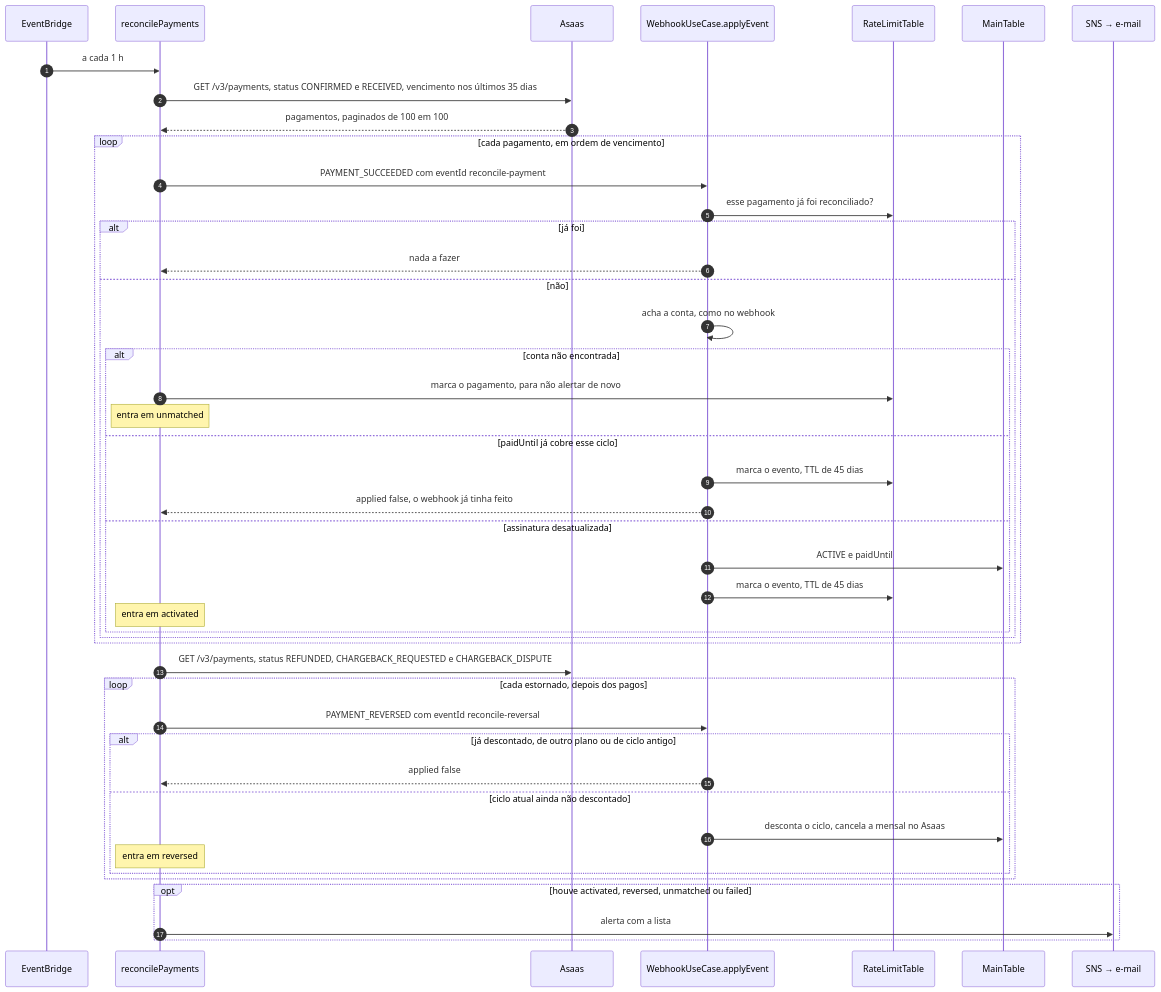
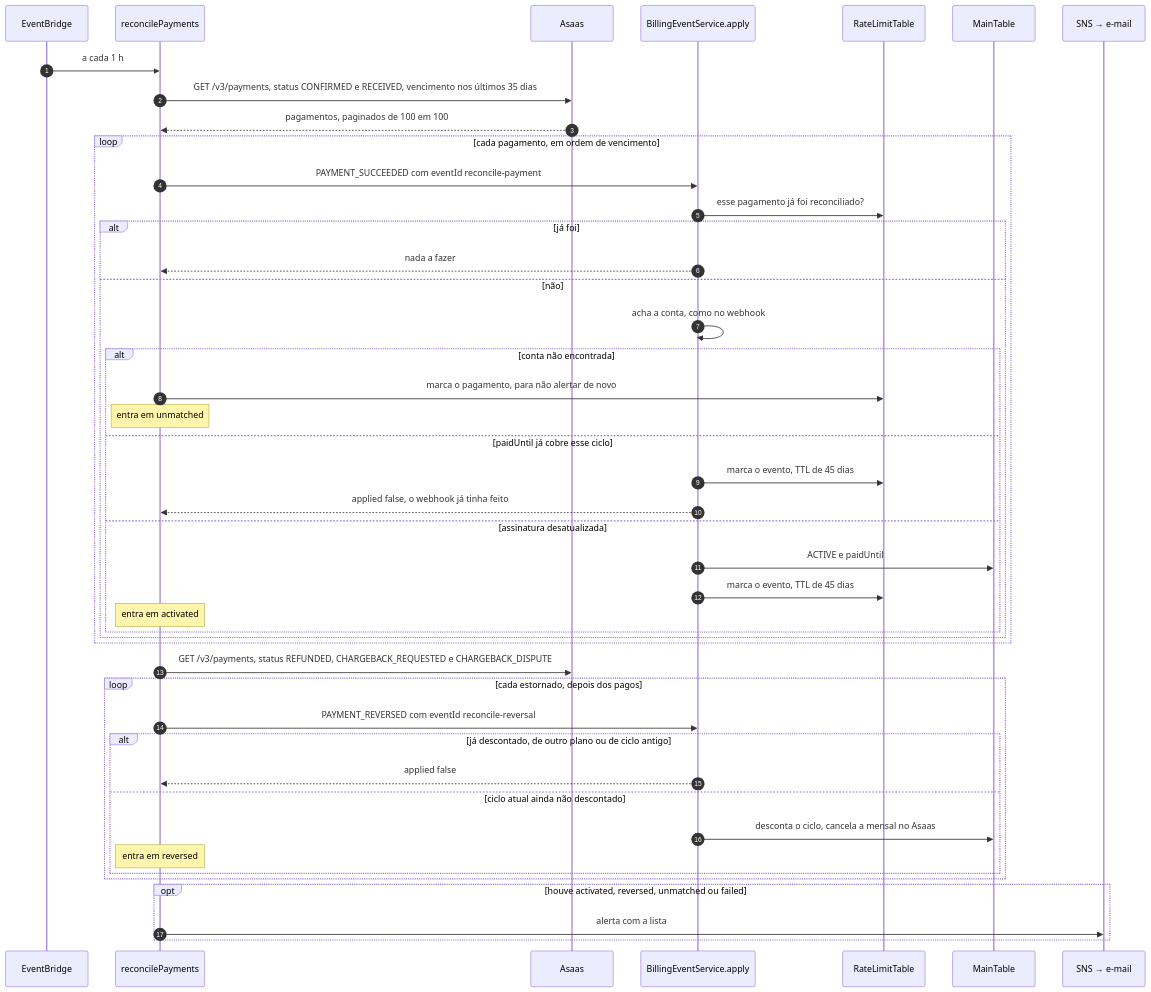
The diagram in docs/guide/fluxos/billing-reconciliacao.md (nivaldoandrade/nacal-api), drawn with Mermaid before and after one commit. The commit also changed other lines of this file and 7 other files, not shown here.

Commit message:
refactor(api): extract billing event and alert services from webhook use case

````diff
--- a/docs/guide/fluxos/billing-reconciliacao.md
+++ b/docs/guide/fluxos/billing-reconciliacao.md
@@ -16,48 +16,48 @@
 ```mermaid
 sequenceDiagram
     autonumber
     participant EB as EventBridge
     participant R as reconcilePayments
     participant As as Asaas
-    participant W as WebhookUseCase.applyEvent
+    participant W as BillingEventService.apply
     participant RL as RateLimitTable
     participant DB as MainTable
     participant SNS as SNS → e-mail
 
     EB->>R: a cada 1 h
     R->>As: GET /v3/payments, status CONFIRMED e RECEIVED, vencimento nos últimos 35 dias
     As-->>R: pagamentos, paginados de 100 em 100
     loop cada pagamento, em ordem de vencimento
         R->>W: PAYMENT_SUCCEEDED com eventId reconcile-payment#paymentId
         W->>RL: esse pagamento já foi reconciliado?
         alt já foi
             W-->>R: nada a fazer
         else não
             W->>W: acha a conta, como no webhook
             alt conta não encontrada
                 R->>RL: marca o pagamento, para não alertar de novo
                 Note over R: entra em unmatched
             else paidUntil já cobre esse ciclo
                 W->>RL: marca o evento, TTL de 45 dias
                 W-->>R: applied false, o webhook já tinha feito
             else assinatura desatualizada
                 W->>DB: ACTIVE e paidUntil
                 W->>RL: marca o evento, TTL de 45 dias
                 Note over R: entra em activated
             end
         end
     end
     R->>As: GET /v3/payments, status REFUNDED, CHARGEBACK_REQUESTED e CHARGEBACK_DISPUTE
     loop cada estornado, depois dos pagos
         R->>W: PAYMENT_REVERSED com eventId reconcile-reversal#paymentId, sem alerta próprio
         alt já descontado, de outro plano ou de ciclo antigo
             W-->>R: applied false
         else ciclo atual ainda não descontado
             W->>DB: desconta o ciclo, cancela a mensal no Asaas
             Note over R: entra em reversed
         end
     end
     opt houve activated, reversed, unmatched ou failed
         R->>SNS: alerta com a lista
     end
 ```
````
